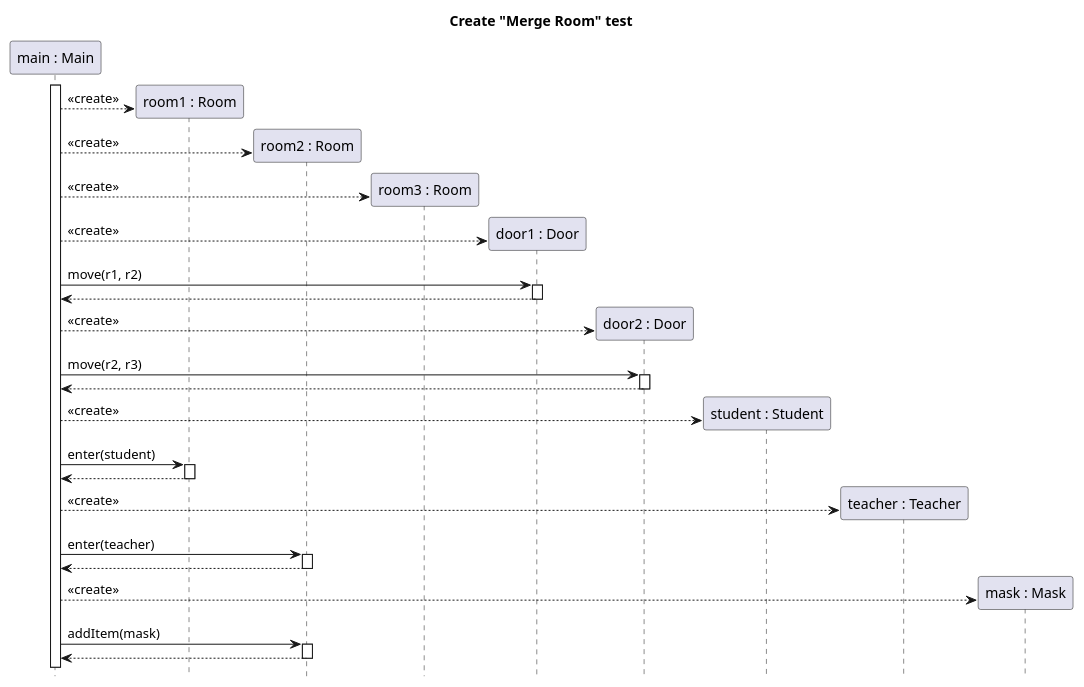
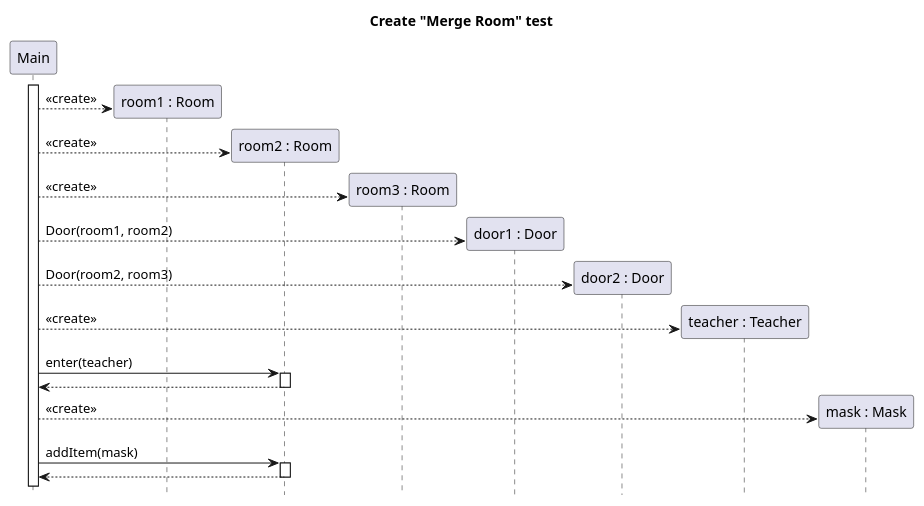
One commit to sn4k3ch4rm3r/logarlec changed the diagram in docs/diagrams/test-create-sequence/room-merge-create.puml. Above: the diagram before and after it, drawn with PlantUML. The commit also changed 20 other files, not shown here.

Commit message:
Fixed initializer sequences

```diff
--- a/docs/diagrams/test-create-sequence/room-merge-create.puml
+++ b/docs/diagrams/test-create-sequence/room-merge-create.puml
@@ -1,45 +1,36 @@
 @startuml room-merge-create
 title Create "Merge Room" test
 hide footbox
 skinparam SequenceReferenceBackgroundColor white
 
-participant "main : Main" as main
+participant "Main" as main
 participant "room1 : Room" as r1
 participant "room2 : Room" as r2
 participant "room3 : Room" as r3
 participant "door1 : Door" as door1
 participant "door2 : Door" as door2
-participant "student : Student" as student
 participant "teacher : Teacher" as teacher
 participant "mask : Mask" as mask
 
 main++
 create r1
 main --> r1 : <<create>>
 create r2
 main --> r2 : <<create>>
 create r3
 main --> r3 : <<create>>
 create door1
-main --> door1 : <<create>>
-main -> door1 ++ : move(r1, r2)
-return
+main --> door1 : Door(room1, room2)
 create door2
-main --> door2 : <<create>>
-main -> door2 ++ : move(r2, r3)
-return
-create student
-main --> student : <<create>>
-main -> r1 ++ : enter(student)
-return
+main --> door2 : Door(room2, room3)
 create teacher
 main --> teacher : <<create>>
 main -> r2 ++ : enter(teacher)
 return
 create mask
 main --> mask : <<create>>
 main -> r2 ++ : addItem(mask)
 return
 
 
 @enduml
```
